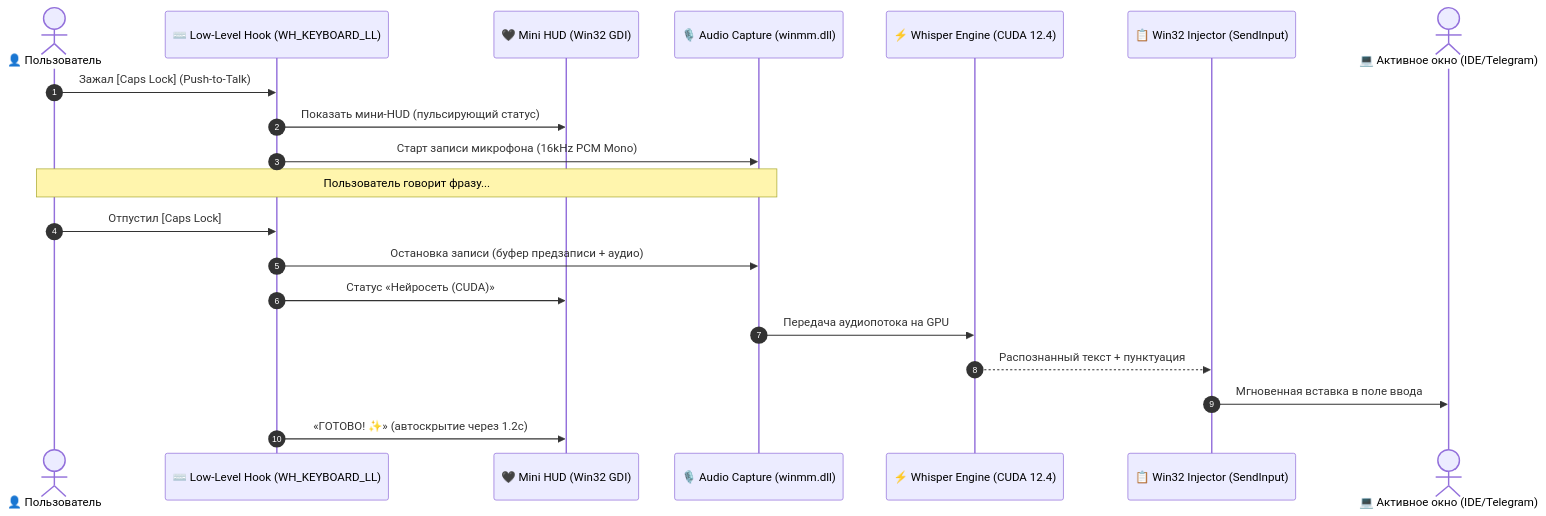
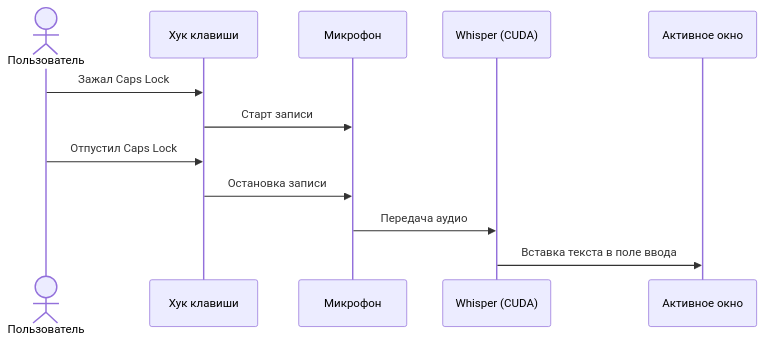
One commit to TRANSCRYPTOR-progr/ohmyvoice changed the diagram in README.md. Above: the diagram before and after it, drawn with Mermaid. The commit also changed other lines of this file, not shown here.

````diff
--- a/README.md
+++ b/README.md
@@ -30,23 +43,15 @@
 ```mermaid
 sequenceDiagram
-    autonumber
-    actor User as 👤 Пользователь
-    participant Hook as ⌨️ Low-Level Hook (WH_KEYBOARD_LL)
-    participant HUD as 🖤 Mini HUD (Win32 GDI)
-    participant Audio as 🎙️ Audio Capture (winmm.dll)
-    participant CUDA as ⚡ Whisper Engine (CUDA 12.4)
-    participant Inject as 📋 Win32 Injector (SendInput)
-    actor App as 💻 Активное окно (IDE/Telegram)
+    actor User as Пользователь
+    participant Hook as Хук клавиши
+    participant Audio as Микрофон
+    participant Whisper as Whisper (CUDA)
+    participant App as Активное окно
 
-    User->>Hook: Зажал [Caps Lock] (Push-to-Talk)
-    Hook->>HUD: Показать мини-HUD (пульсирующий статус)
-    Hook->>Audio: Старт записи микрофона (16kHz PCM Mono)
-    Note over User,Audio: Пользователь говорит фразу...
-    User->>Hook: Отпустил [Caps Lock]
-    Hook->>Audio: Остановка записи (буфер предзаписи + аудио)
-    Hook->>HUD: Статус «Нейросеть (CUDA)»
-    Audio->>CUDA: Передача аудиопотока на GPU
-    CUDA-->>Inject: Распознанный текст + пунктуация
-    Inject->>App: Мгновенная вставка в поле ввода
-    Hook->>HUD: «ГОТОВО! ✨» (автоскрытие через 1.2с)
+    User->>Hook: Зажал Caps Lock
+    Hook->>Audio: Старт записи
+    User->>Hook: Отпустил Caps Lock
+    Hook->>Audio: Остановка записи
+    Audio->>Whisper: Передача аудио
+    Whisper->>App: Вставка текста в поле ввода
 ```
````
